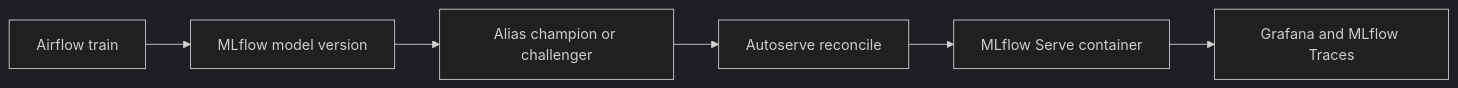
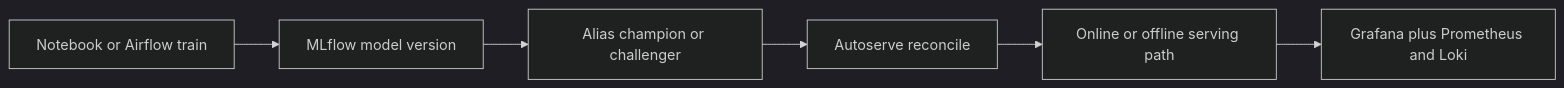
One commit to AleksTurov/mlops changed the diagram in docs/ARCHITECTURE_RU.md. Above: the diagram before and after it, drawn with Mermaid (dark theme). The commit also changed other lines of this file and 3 other files, not shown here.

Commit message:
docs: update README and architecture documentation for clarity; enhance SIMPLE_DIAGRAM with training options

````diff
--- a/docs/ARCHITECTURE_RU.md
+++ b/docs/ARCHITECTURE_RU.md
@@ -38,8 +40,8 @@
 ```mermaid
 flowchart LR
-    A[Airflow train] --> B[MLflow model version]
+    A[Notebook or Airflow train] --> B[MLflow model version]
     B --> C[Alias champion or challenger]
     C --> D[Autoserve reconcile]
-    D --> E[MLflow Serve container]
-    E --> F[Grafana and MLflow Traces]
+    D --> E[Online or offline serving path]
+    E --> F[Grafana plus Prometheus and Loki]
 ```
````
